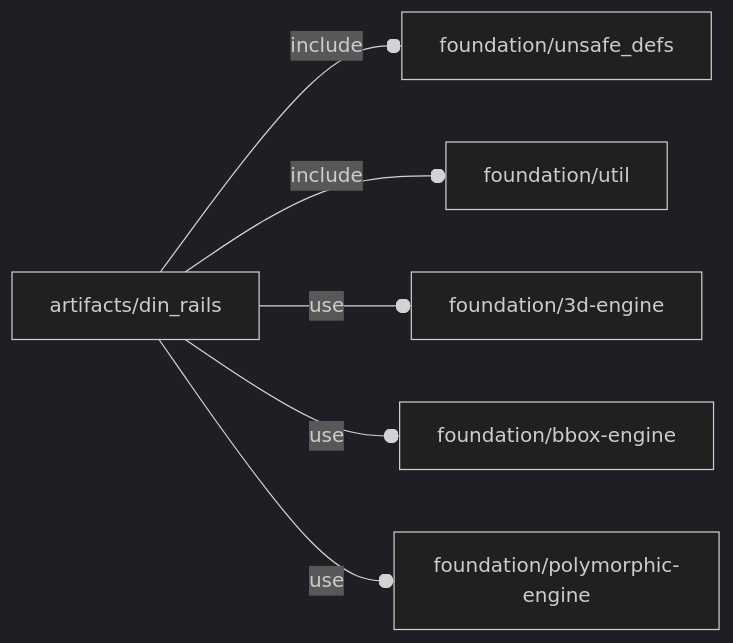
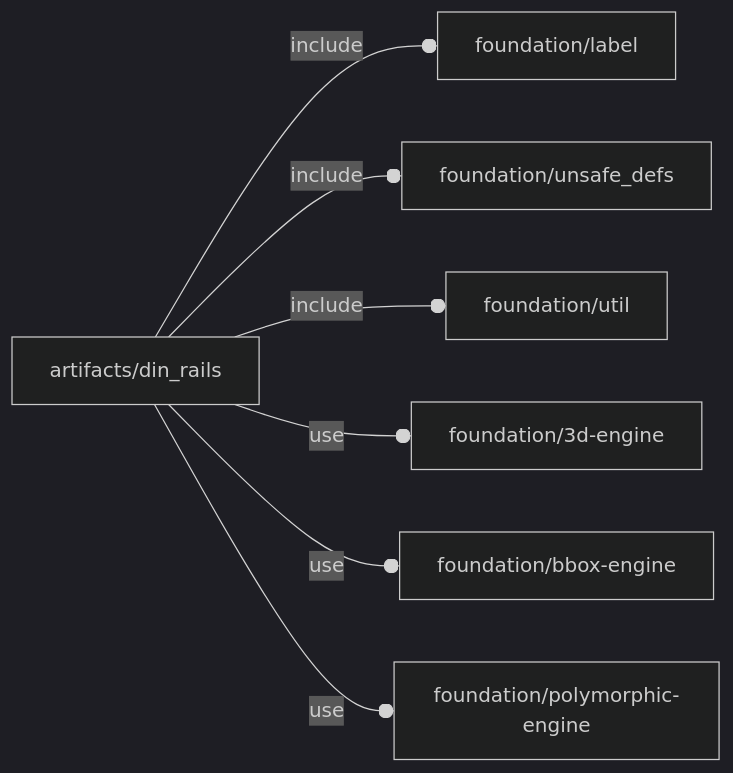
Before and after one commit to ggabbiani/OFL: the diagram in orthodocs/artifacts/din_rails.md, drawn with Mermaid (dark theme). The commit also changed other lines of this file and 3 other files, not shown here.

````diff
--- a/orthodocs/artifacts/din_rails.md
+++ b/orthodocs/artifacts/din_rails.md
@@ -5,8 +5,9 @@
 ```mermaid
 graph LR
-    A1[artifacts/din_rails] --o|include| A2[foundation/unsafe_defs]
-    A1 --o|include| A3[foundation/util]
-    A1 --o|use| A4[foundation/3d-engine]
-    A1 --o|use| A5[foundation/bbox-engine]
-    A1 --o|use| A6[foundation/polymorphic-engine]
+    A1[artifacts/din_rails] --o|include| A2[foundation/label]
+    A1 --o|include| A3[foundation/unsafe_defs]
+    A1 --o|include| A4[foundation/util]
+    A1 --o|use| A5[foundation/3d-engine]
+    A1 --o|use| A6[foundation/bbox-engine]
+    A1 --o|use| A7[foundation/polymorphic-engine]
 ```
````
